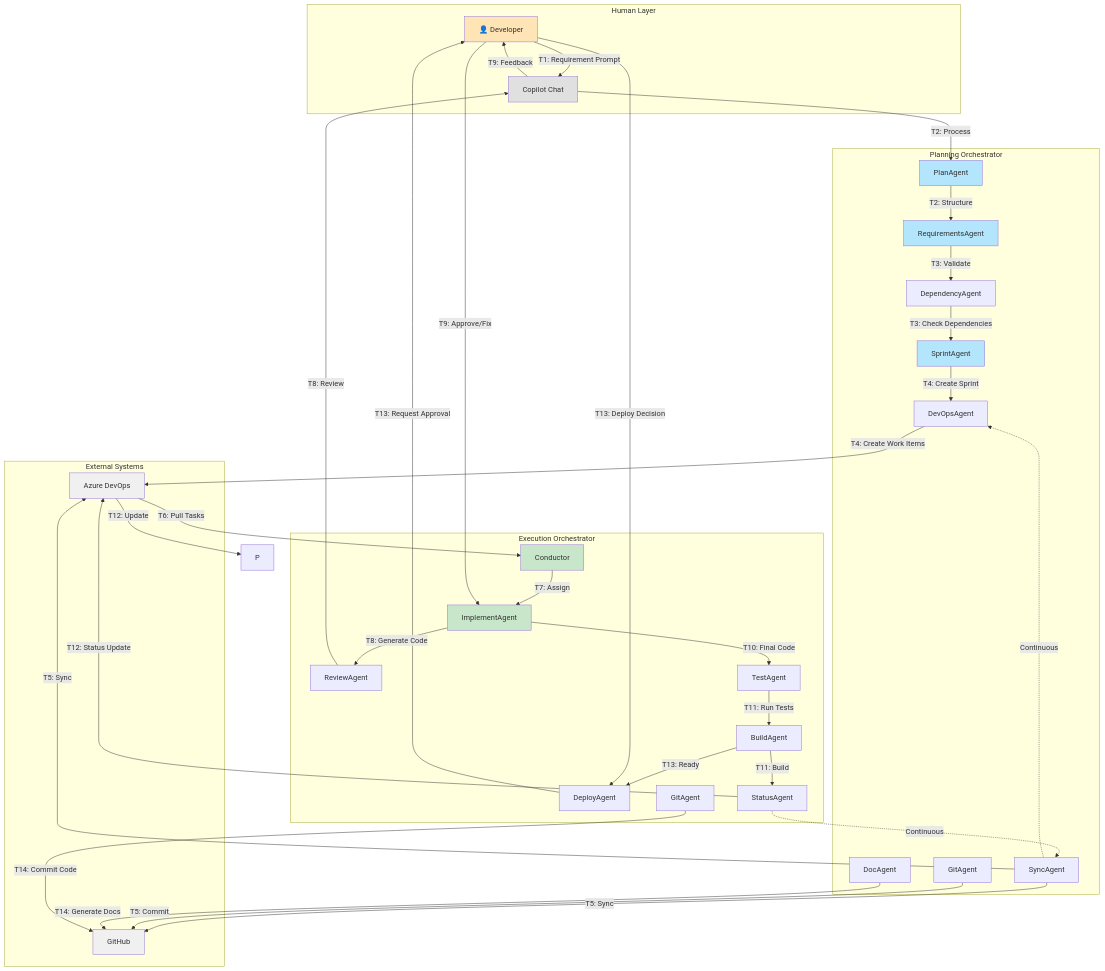
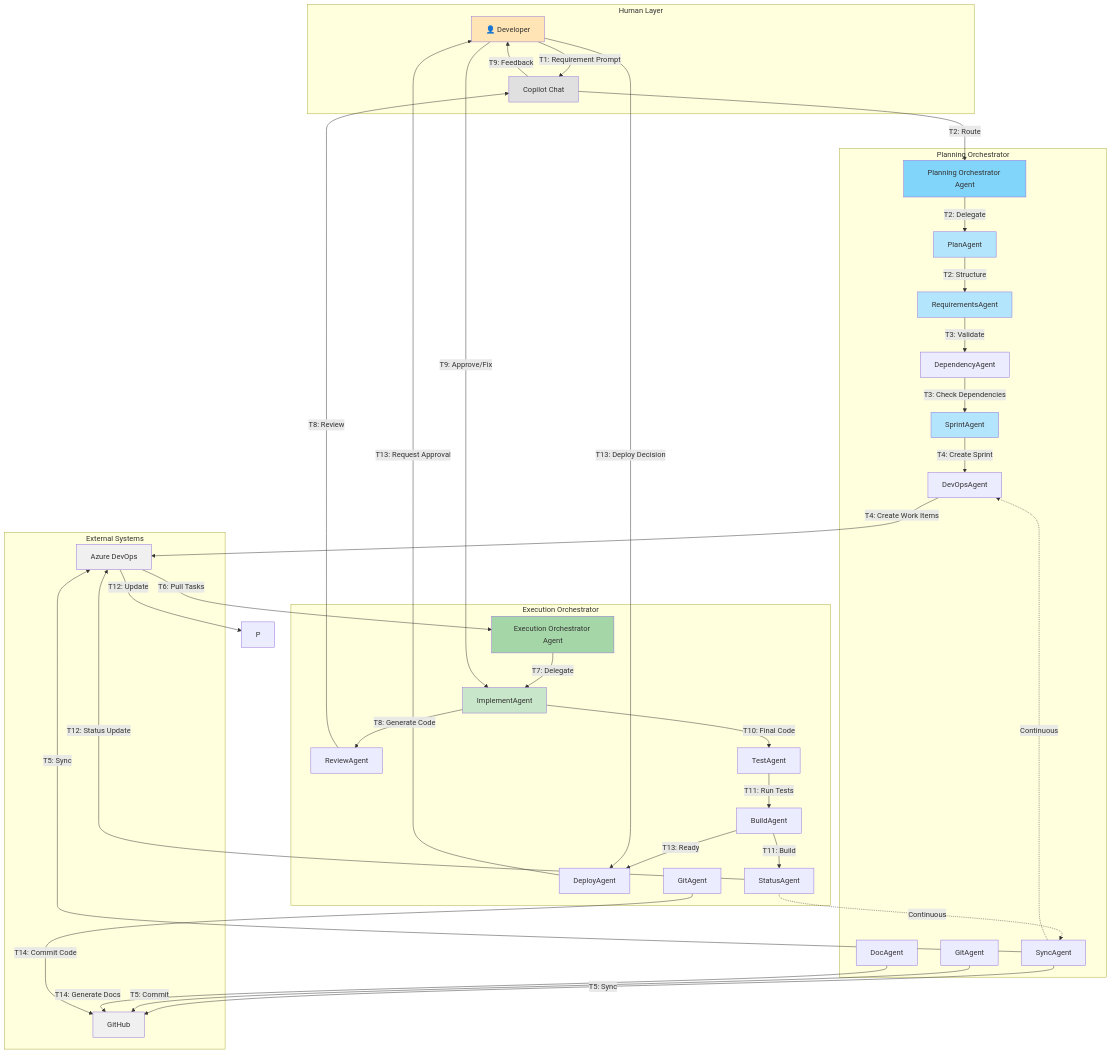
One commit to Sjoerd-Bo3/copilot-orchestra changed the third of 4 diagrams in IdeaOutline.md. Above: the diagram before and after it, drawn with Mermaid. The commit also changed other lines of this file and 5 other files, not shown here.

First line of the commit message:
feat: Refactor orchestration agents and remove Conductor agent

```diff
--- a/IdeaOutline.md
+++ b/IdeaOutline.md
@@ -135,6 +137,7 @@
     end
     
     subgraph "Planning Orchestrator"
+      PO[Planning Orchestrator Agent]
         PA[PlanAgent]
         RA[RequirementsAgent]
         SA[SprintAgent]
@@ -146,7 +149,7 @@
     end
     
     subgraph "Execution Orchestrator"
-        CO[Conductor]
+      EO[Execution Orchestrator Agent]
         IA[ImplementAgent]
         RVA[ReviewAgent]
         TA[TestAgent]
@@ -163,7 +166,8 @@
     
     %% Planning Flow (T1-T4)
     H -->|T1: Requirement Prompt| HC
-    HC -->|T2: Process| PA
+    HC -->|T2: Route| PO
+    PO -->|T2: Delegate| PA
     PA -->|T2: Structure| RA
     RA -->|T3: Validate| DPA
     DPA -->|T3: Check Dependencies| SA
@@ -176,8 +180,8 @@
     GA1 -->|T5: Commit| GH
     
     %% Execution Flow (T6-T10)
-    AZ -->|T6: Pull Tasks| CO
-    CO -->|T7: Assign| IA
+    AZ -->|T6: Pull Tasks| EO
+    EO -->|T7: Delegate| IA
     IA -->|T8: Generate Code| RVA
     RVA -->|T8: Review| HC
     HC -->|T9: Feedback| H
@@ -203,10 +207,11 @@
 
     style H fill:#FFE4B5
     style HC fill:#E0E0E0
+    style PO fill:#81D4FA
     style PA fill:#B3E5FC
     style RA fill:#B3E5FC
     style SA fill:#B3E5FC
-    style CO fill:#C8E6C9
+    style EO fill:#A5D6A7
     style IA fill:#C8E6C9
     style GH fill:#F0F0F0
     style AZ fill:#F0F0F0
```
